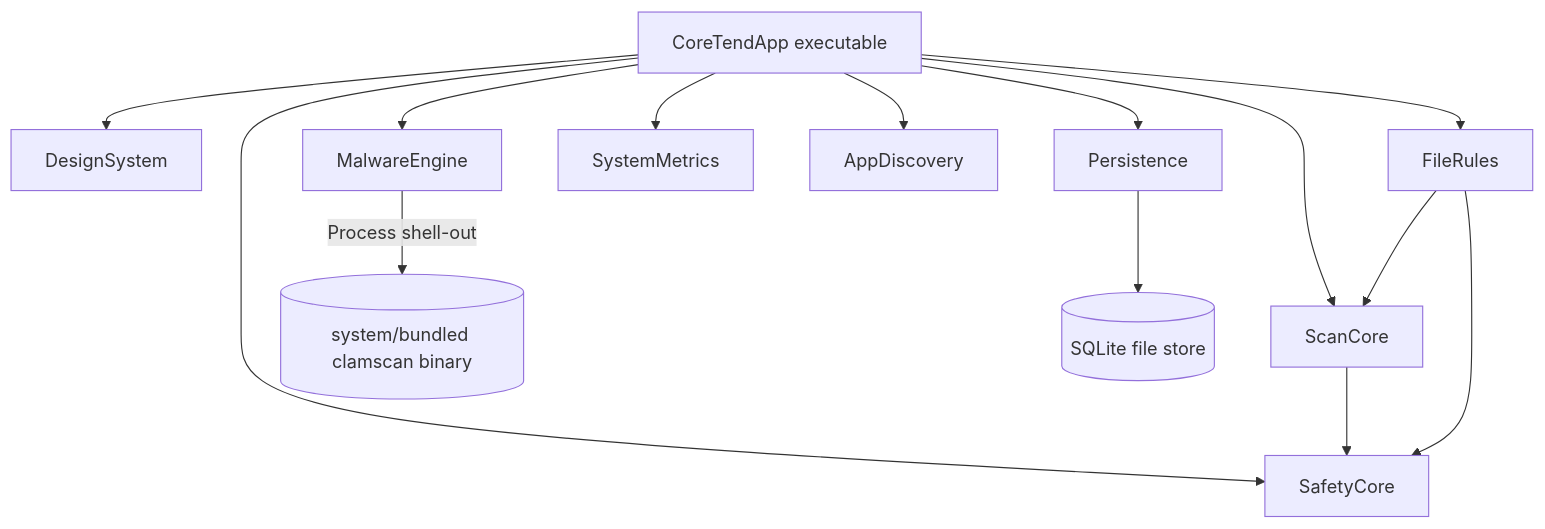
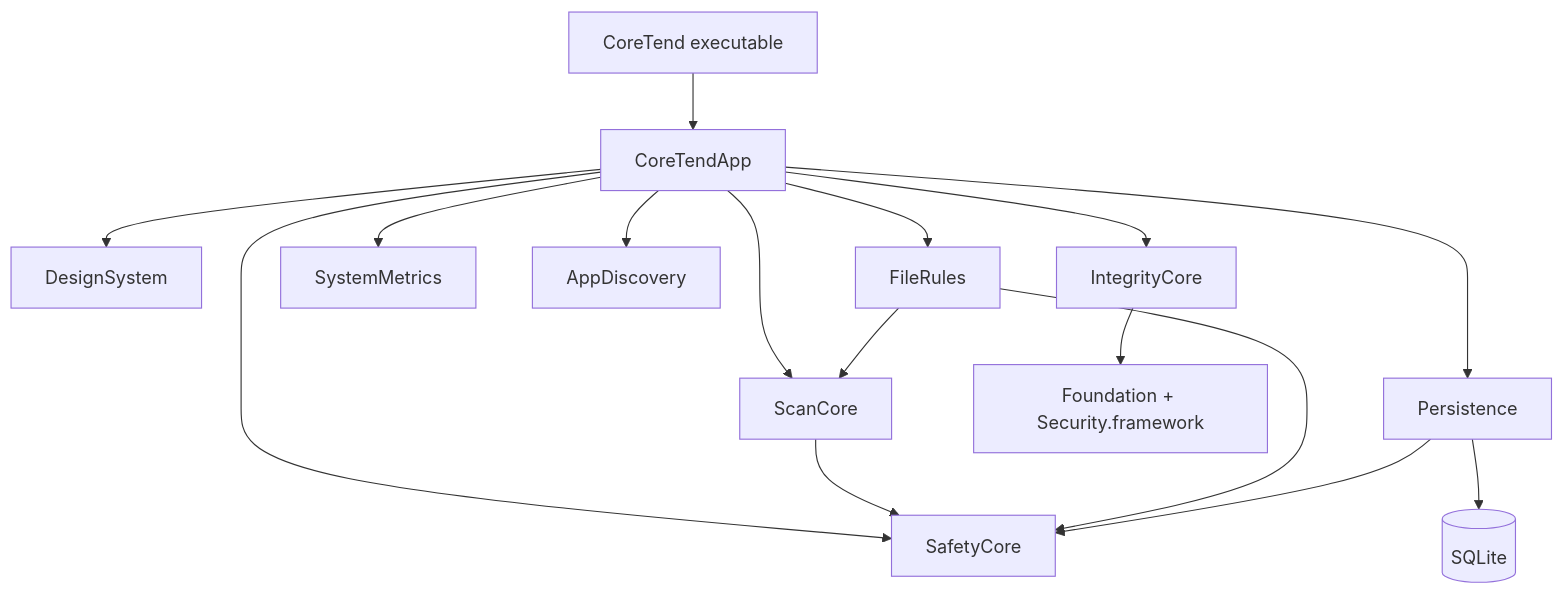
One commit to ahmetbsbnr/coretend changed the first of 2 diagrams in Documentation/ARCHITECTURE_INVENTORY.md. Above: the diagram before and after it, drawn with Mermaid. The commit also changed other lines of this file and 117 other files, not shown here.

````diff
--- a/Documentation/ARCHITECTURE_INVENTORY.md
+++ b/Documentation/ARCHITECTURE_INVENTORY.md
@@ -58,16 +22,18 @@
 ```mermaid
 graph TD
-    App[CoreTendApp executable] --> DS[DesignSystem]
-    App --> SC[ScanCore]
-    App --> SF[SafetyCore]
-    App --> FR[FileRules]
-    App --> PS[Persistence]
-    App --> SM[SystemMetrics]
-    App --> AD[AppDiscovery]
-    App --> ME[MalwareEngine]
-    SC --> SF
-    FR --> SC
-    FR --> SF
-    ME -->|Process shell-out| ClamAV[(system/bundled clamscan binary)]
-    PS --> DB[(SQLite file store)]
+    Entry[CoreTend executable] --> App[CoreTendApp]
+    App --> Design[DesignSystem]
+    App --> Scan[ScanCore]
+    App --> Safety[SafetyCore]
+    App --> Rules[FileRules]
+    App --> Store[Persistence]
+    App --> Metrics[SystemMetrics]
+    App --> Discovery[AppDiscovery]
+    App --> Integrity[IntegrityCore]
+    Scan --> Safety
+    Rules --> Scan
+    Rules --> Safety
+    Store --> Safety
+    Store --> SQLite[(SQLite)]
+    Integrity --> Native[Foundation + Security.framework]
 ```
````
